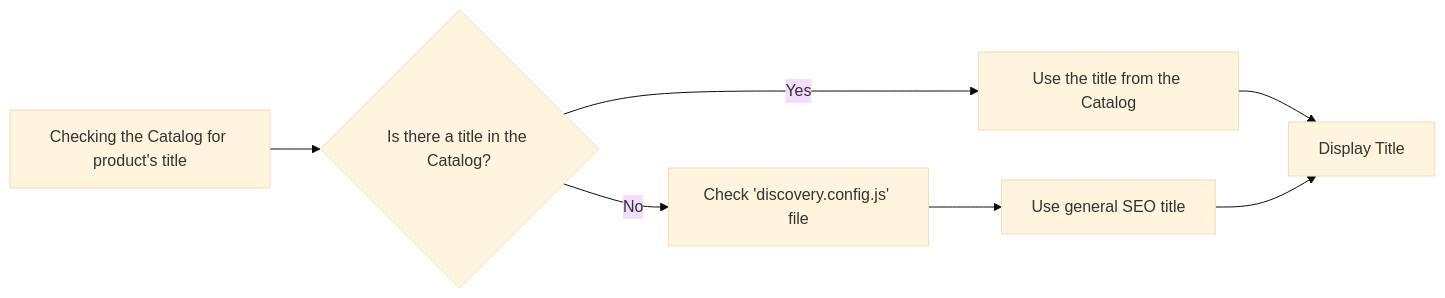
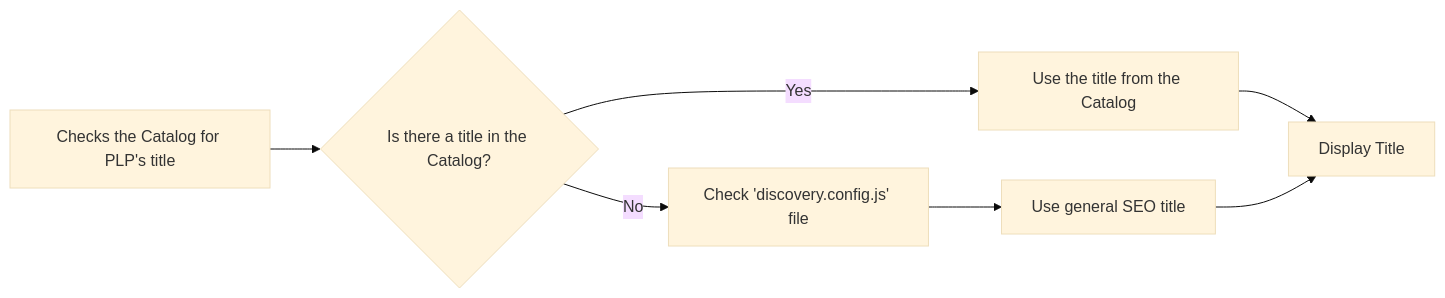
One commit to vtexdocs/dev-portal-content changed the first of 3 diagrams in docs/faststore/docs/managing-performance/managing-lazy-loading-sections-on-plp.mdx. Above: the diagram before and after it, drawn with Mermaid (base theme).

Commit message:
Apply suggestions from code review

````diff
--- a/docs/faststore/docs/managing-performance/managing-lazy-loading-sections-on-plp.mdx
+++ b/docs/faststore/docs/managing-performance/managing-lazy-loading-sections-on-plp.mdx
@@ -22,9 +22,9 @@
 ```mermaid
 graph LR
-A[Checking the Catalog for product's title] --> B{Is there a title in the Catalog?};
+A[Checks the Catalog for PLP's title] --> B{Is there a title in the Catalog?};
 B -- Yes --> C[Use the title from the Catalog];
 B -- No --> D[Check 'discovery.config.js' file];
 D --> E[Use general SEO title];
 C --> F[Display Title];
 E --> F;
 ```
````
